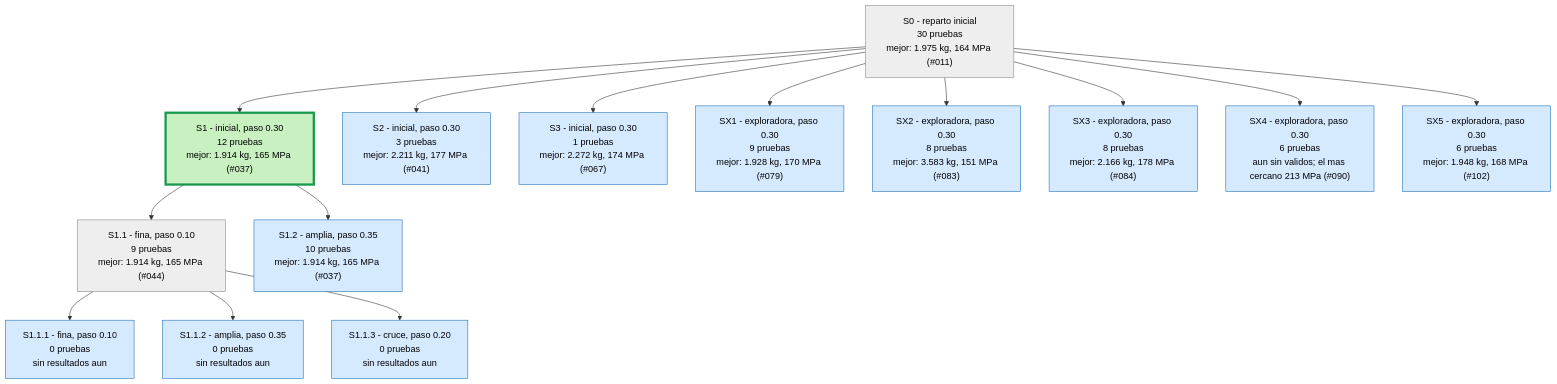
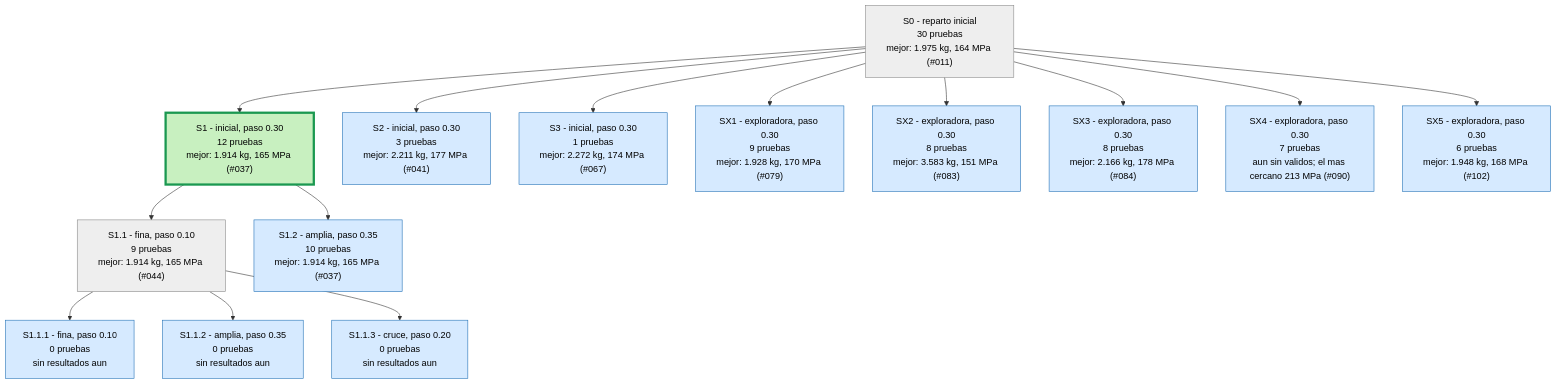
Before and after one commit to Hugiko/msd-soporte-optimizacion: the first of 4 diagrams in runs/opt_37800N/ARBOL.md, drawn with Mermaid. The commit also changed 19 other files, not shown here.

````diff
--- a/runs/opt_37800N/ARBOL.md
+++ b/runs/opt_37800N/ARBOL.md
@@ -9,33 +9,33 @@
 ```mermaid
 graph TD
 classDef activa fill:#d6eaff,stroke:#1f6fb5,color:#000
 classDef fin fill:#eeeeee,stroke:#888,color:#000
 classDef mejor fill:#c8f0c0,stroke:#1a9850,stroke-width:4px,color:#000
 S0["S0 - reparto inicial<br/>30 pruebas<br/>mejor: 1.975 kg, 164 MPa (#011)"]:::fin
 S1["S1 - inicial, paso 0.30<br/>12 pruebas<br/>mejor: 1.914 kg, 165 MPa (#037)"]:::mejor
 S0 --> S1
 S2["S2 - inicial, paso 0.30<br/>3 pruebas<br/>mejor: 2.211 kg, 177 MPa (#041)"]:::activa
 S0 --> S2
 S3["S3 - inicial, paso 0.30<br/>1 pruebas<br/>mejor: 2.272 kg, 174 MPa (#067)"]:::activa
 S0 --> S3
 S1_1["S1.1 - fina, paso 0.10<br/>9 pruebas<br/>mejor: 1.914 kg, 165 MPa (#044)"]:::fin
 S1 --> S1_1
 S1_2["S1.2 - amplia, paso 0.35<br/>10 pruebas<br/>mejor: 1.914 kg, 165 MPa (#037)"]:::activa
 S1 --> S1_2
 S1_1_1["S1.1.1 - fina, paso 0.10<br/>0 pruebas<br/>sin resultados aun"]:::activa
 S1_1 --> S1_1_1
 S1_1_2["S1.1.2 - amplia, paso 0.35<br/>0 pruebas<br/>sin resultados aun"]:::activa
 S1_1 --> S1_1_2
 S1_1_3["S1.1.3 - cruce, paso 0.20<br/>0 pruebas<br/>sin resultados aun"]:::activa
 S1_1 --> S1_1_3
 SX1["SX1 - exploradora, paso 0.30<br/>9 pruebas<br/>mejor: 1.928 kg, 170 MPa (#079)"]:::activa
 S0 --> SX1
 SX2["SX2 - exploradora, paso 0.30<br/>8 pruebas<br/>mejor: 3.583 kg, 151 MPa (#083)"]:::activa
 S0 --> SX2
 SX3["SX3 - exploradora, paso 0.30<br/>8 pruebas<br/>mejor: 2.166 kg, 178 MPa (#084)"]:::activa
 S0 --> SX3
-SX4["SX4 - exploradora, paso 0.30<br/>6 pruebas<br/>aun sin validos; el mas cercano 213 MPa (#090)"]:::activa
+SX4["SX4 - exploradora, paso 0.30<br/>7 pruebas<br/>aun sin validos; el mas cercano 213 MPa (#090)"]:::activa
 S0 --> SX4
 SX5["SX5 - exploradora, paso 0.30<br/>6 pruebas<br/>mejor: 1.948 kg, 168 MPa (#102)"]:::activa
 S0 --> SX5
 ```
````
